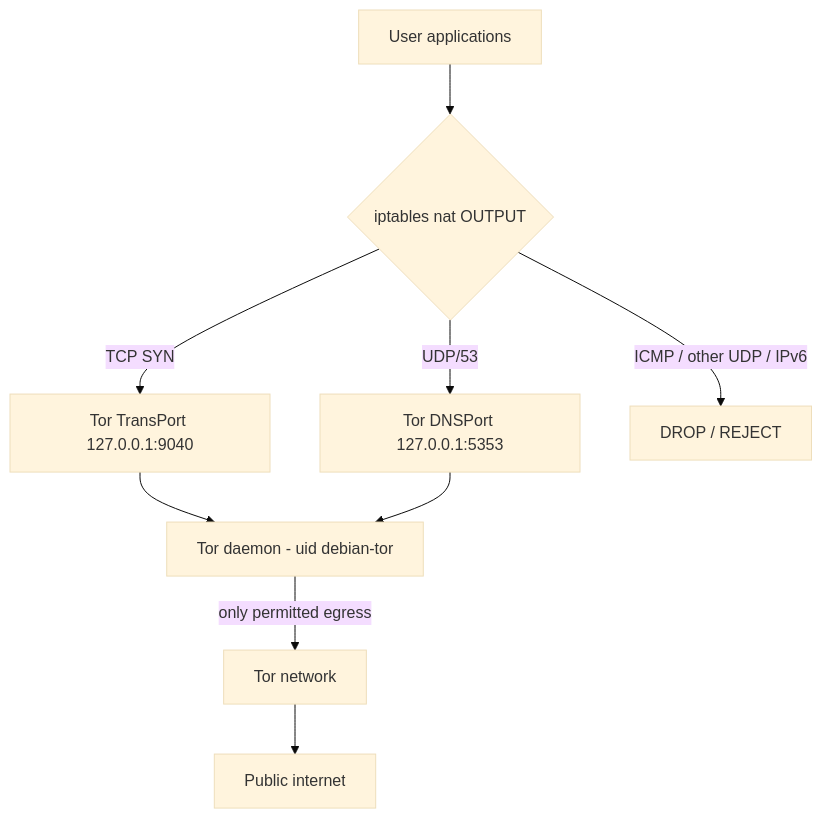
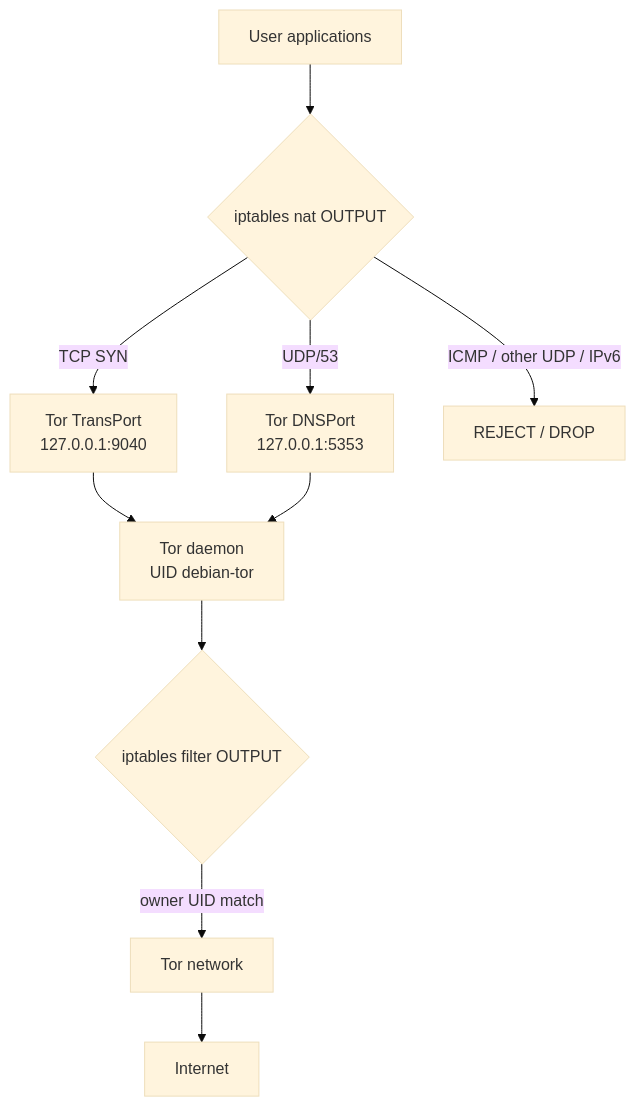
One commit to HAMZOO0/Specter-OS changed the second of 3 diagrams in README.md. Above: the diagram before and after it, drawn with Mermaid (base theme). The commit also changed other lines of this file, not shown here.

Commit message:
Expand README: architecture, tech stack, configuration reference, results and citation

````diff
--- a/README.md
+++ b/README.md
@@ -49,11 +109,12 @@
 ```mermaid
 flowchart TD
     A[User applications] --> B{iptables nat OUTPUT}
-    B -- "TCP SYN" --> C[Tor TransPort 127.0.0.1:9040]
-    B -- "UDP/53" --> D[Tor DNSPort 127.0.0.1:5353]
-    B -- "ICMP / other UDP / IPv6" --> X[DROP / REJECT]
-    C --> T[Tor daemon - uid debian-tor]
+    B -- "TCP SYN" --> C["Tor TransPort<br/>127.0.0.1:9040"]
+    B -- "UDP/53" --> D["Tor DNSPort<br/>127.0.0.1:5353"]
+    B -- "ICMP / other UDP / IPv6" --> X["REJECT / DROP"]
+    C --> T["Tor daemon<br/>UID debian-tor"]
     D --> T
-    T -- "only permitted egress" --> N[Tor network]
-    N --> I[Public internet]
+    T --> F{iptables filter OUTPUT}
+    F -- "owner UID match" --> N[Tor network]
+    N --> I[Internet]
 ```
````
